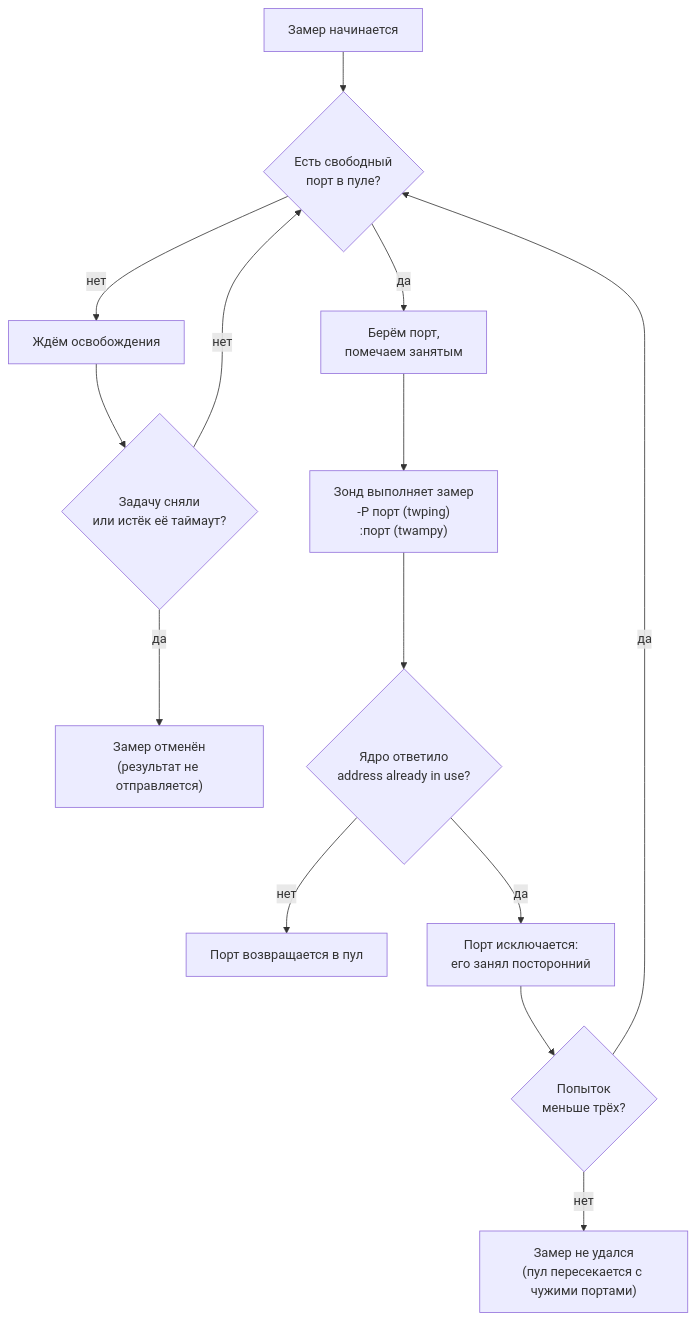
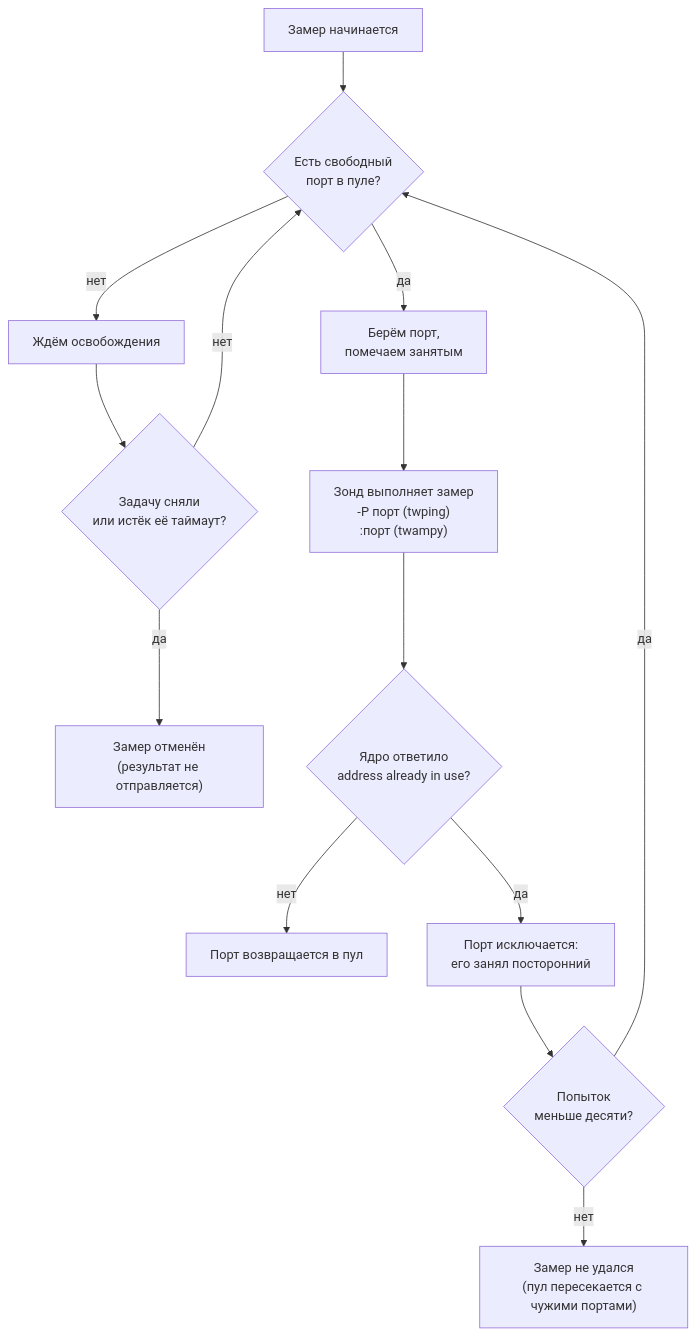
Before and after one commit to akprof2000/twamp-probe: the diagram in docs/parallelism.md, drawn with Mermaid. The commit also changed other lines of this file and 2 other files, not shown here.

````diff
--- a/docs/parallelism.md
+++ b/docs/parallelism.md
@@ -183,16 +183,16 @@
 ```mermaid
 flowchart TD
     start["Замер начинается"] --> check{"Есть свободный<br/>порт в пуле?"}
     check -->|да| take["Берём порт,<br/>помечаем занятым"]
     check -->|нет| wait["Ждём освобождения"]
     wait --> cancelled{"Задачу сняли<br/>или истёк её таймаут?"}
     cancelled -->|да| drop["Замер отменён<br/>(результат не отправляется)"]
     cancelled -->|нет| check
     take --> run["Зонд выполняет замер<br/>-P порт (twping)<br/>:порт (twampy)"]
     run --> busy{"Ядро ответило<br/>address already in use?"}
     busy -->|нет| release["Порт возвращается в пул"]
     busy -->|да| ban["Порт исключается:<br/>его занял посторонний"]
-    ban --> again{"Попыток<br/>меньше трёх?"}
+    ban --> again{"Попыток<br/>меньше десяти?"}
     again -->|да| check
     again -->|нет| fail["Замер не удался<br/>(пул пересекается с чужими портами)"]
 ```
````
